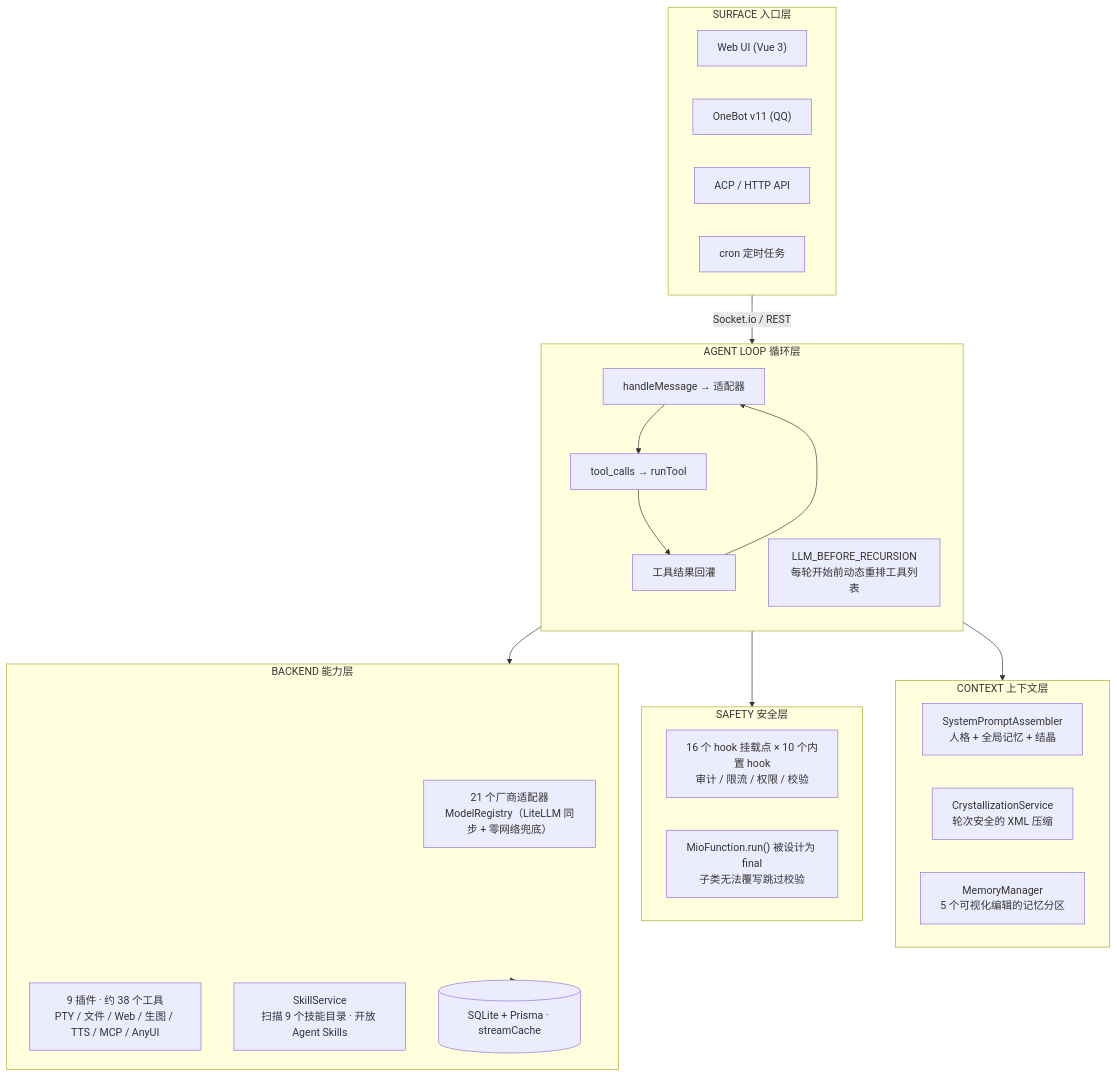
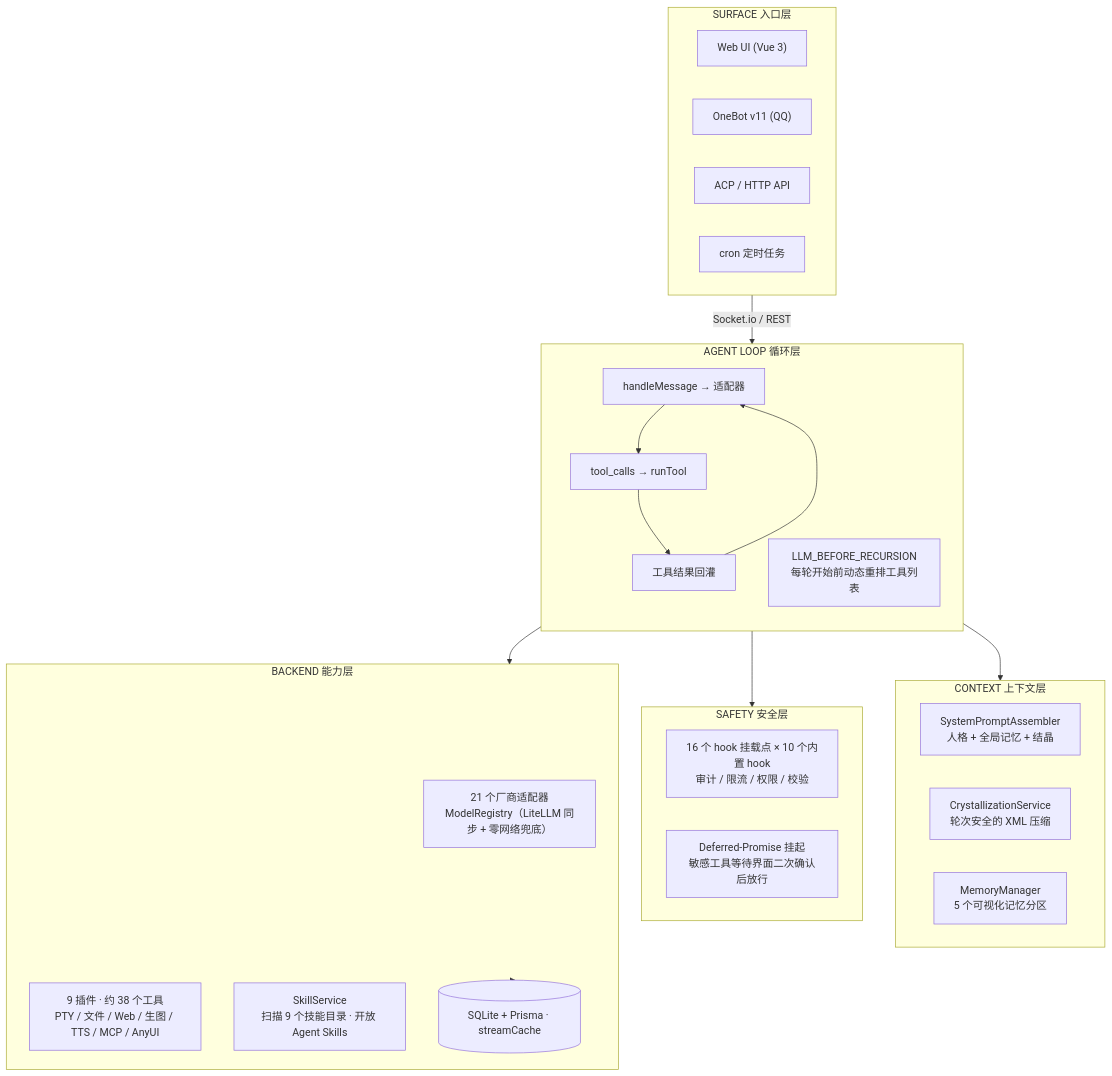
Before and after one commit to Pretend-to/mio-chat-backend: the diagram in README.zh-CN.md, drawn with Mermaid. The commit also changed other lines of this file and 1 other file, not shown here.

````diff
--- a/README.zh-CN.md
+++ b/README.zh-CN.md
@@ -41,42 +49,42 @@
 ```mermaid
 flowchart TD
     subgraph SFC["SURFACE 入口层"]
         UI["Web UI (Vue 3)"]
         OB["OneBot v11 (QQ)"]
         ACP["ACP / HTTP API"]
         CRON["cron 定时任务"]
     end
 
     subgraph LOOP["AGENT LOOP 循环层"]
         direction TB
         M["handleMessage → 适配器"]
         T["tool_calls → runTool"]
         R["工具结果回灌"]
         M --> T --> R --> M
         ROT["LLM_BEFORE_RECURSION<br/>每轮开始前动态重排工具列表"]
     end
 
     subgraph CTX["CONTEXT 上下文层"]
         SPA["SystemPromptAssembler<br/>人格 + 全局记忆 + 结晶"]
         CRY["CrystallizationService<br/>轮次安全的 XML 压缩"]
-        MM["MemoryManager<br/>5 个可视化编辑的记忆分区"]
+        MM["MemoryManager<br/>5 个可视化记忆分区"]
     end
 
     subgraph SAF["SAFETY 安全层"]
         H["16 个 hook 挂载点 × 10 个内置 hook<br/>审计 / 限流 / 权限 / 校验"]
-        F["MioFunction.run() 被设计为 final<br/>子类无法覆写跳过校验"]
+        F["Deferred-Promise 挂起<br/>敏感工具等待界面二次确认后放行"]
     end
 
     subgraph BE["BACKEND 能力层"]
         AD["21 个厂商适配器<br/>ModelRegistry（LiteLLM 同步 + 零网络兜底）"]
         PL["9 插件 · 约 38 个工具<br/>PTY / 文件 / Web / 生图 / TTS / MCP / AnyUI"]
         SK["SkillService<br/>扫描 9 个技能目录 · 开放 Agent Skills"]
         DB[("SQLite + Prisma · streamCache")]
     end
 
     SFC -->|"Socket.io / REST"| LOOP
     LOOP --> CTX
     LOOP --> SAF
     LOOP --> BE
     BE --> DB
 ```
````
